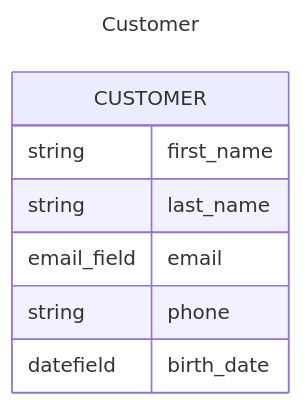
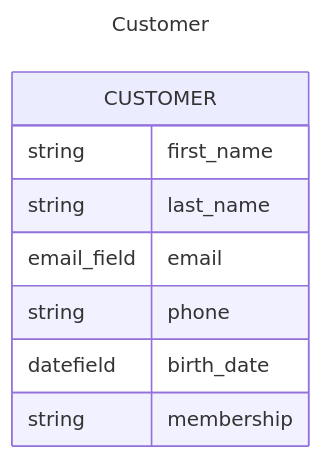
The second of 2 diagrams in doc/details/database.md (phatnguyen9722/e-store), drawn with Mermaid before and after one commit. The commit also changed other lines of this file and 1 other file, not shown here.

````diff
--- a/doc/details/database.md
+++ b/doc/details/database.md
@@ -16,13 +18,14 @@
 ```mermaid
 ---
 title: Customer
 ---
 erDiagram
     CUSTOMER {
         string first_name
         string last_name
         email_field email
         string phone
         datefield birth_date
+        string membership
     }
 ```
````
